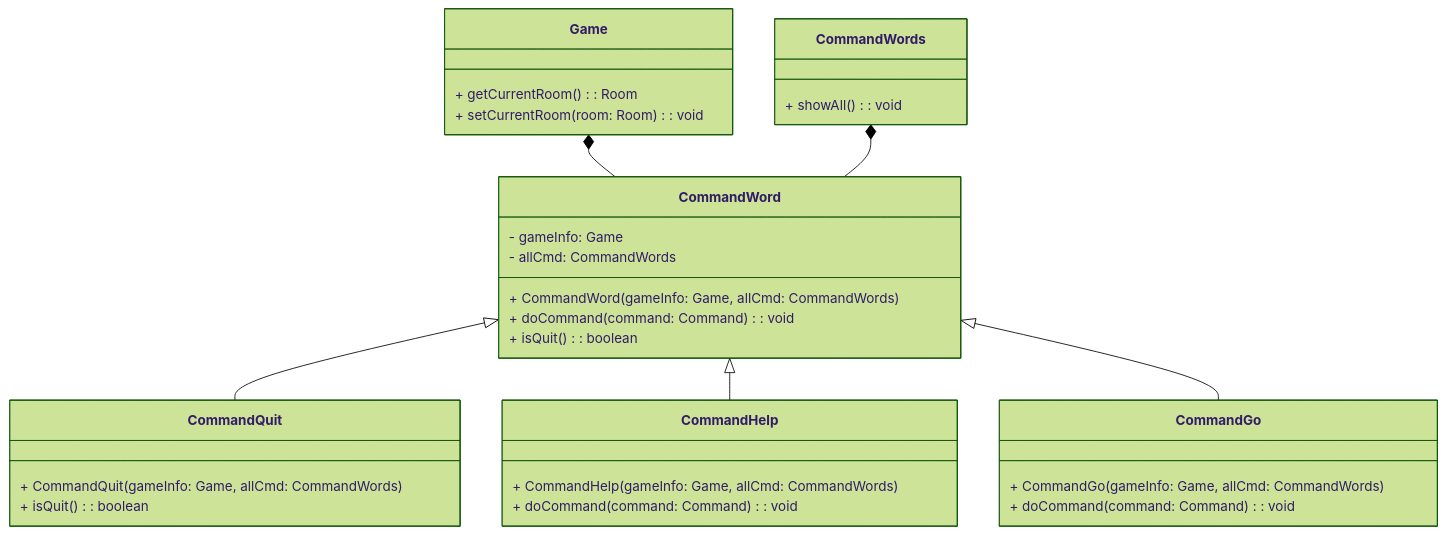
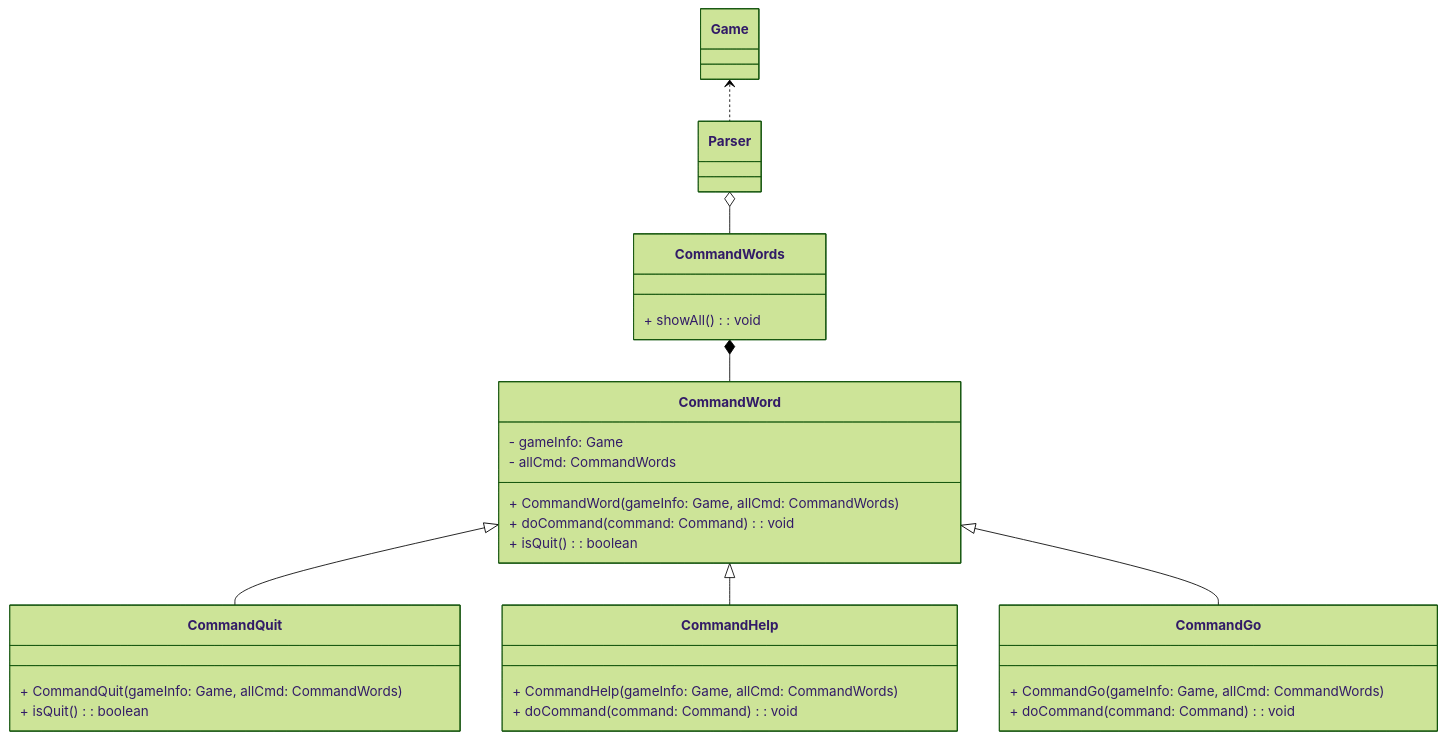
The second of 2 diagrams in REPORT.md (gbnijnugyf/Colossal-Cave-Adventure), drawn with Mermaid (forest theme) before and after one commit. The commit also changed 7 other files, not shown here.

```diff
--- a/REPORT.md
+++ b/REPORT.md
@@ -244,40 +244,36 @@
 ~~~mermaid
 classDiagram
     class CommandWord {
         - gameInfo: Game
         - allCmd: CommandWords
         + CommandWord(gameInfo: Game, allCmd: CommandWords)
         + doCommand(command: Command): void
         + isQuit(): boolean
     }
 
     class CommandQuit {
         + CommandQuit(gameInfo: Game, allCmd: CommandWords)
         + isQuit(): boolean
     }
 
     class CommandHelp {
         + CommandHelp(gameInfo: Game, allCmd: CommandWords)
         + doCommand(command: Command): void
     }
 
     class CommandGo {
         + CommandGo(gameInfo: Game, allCmd: CommandWords)
         + doCommand(command: Command): void
     }
 
-    class Game {
-        + getCurrentRoom(): Room
-        + setCurrentRoom(room: Room): void
-    }
-
     class CommandWords {
         + showAll(): void
     }
 
     CommandWord <|-- CommandQuit
     CommandWord <|-- CommandHelp
     CommandWord <|-- CommandGo
-    Game *-- CommandWord
+    Parser o-- CommandWords
+    Game <.. Parser
     CommandWords *-- CommandWord
 ~~~
```
